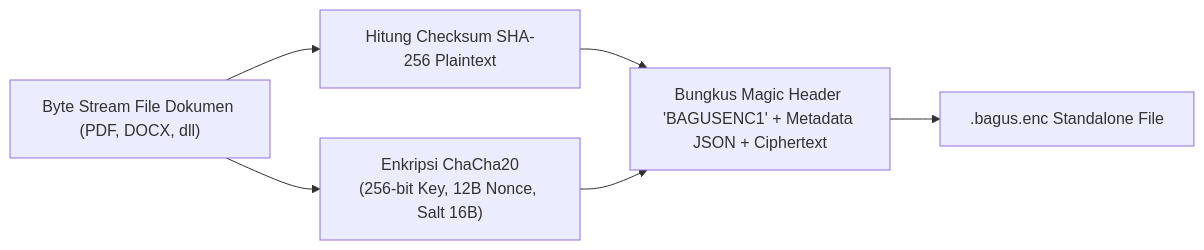
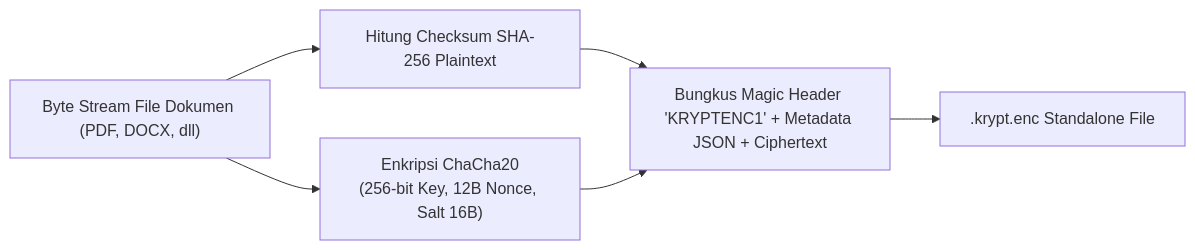
Before and after one commit to Mridhohm/Project_Biometric-Authenticated-Gatekeeper-Unified-Security-Vault: the fifth of 7 diagrams in geovault-crypto-app/docs/LAPORAN_AKHIR_KRIPTOGRAFI.md, drawn with Mermaid. The commit also changed other lines of this file and 14 other files, not shown here.

````diff
--- a/geovault-crypto-app/docs/LAPORAN_AKHIR_KRIPTOGRAFI.md
+++ b/geovault-crypto-app/docs/LAPORAN_AKHIR_KRIPTOGRAFI.md
@@ -337,7 +337,7 @@
 ```mermaid
 flowchart LR
     F_Bytes["Byte Stream File Dokumen (PDF, DOCX, dll)"] --> SHA_Pre["Hitung Checksum SHA-256 Plaintext"]
     F_Bytes --> Cha_Core["Enkripsi ChaCha20\n(256-bit Key, 12B Nonce, Salt 16B)"]
-    SHA_Pre & Cha_Core --> Pack["Bungkus Magic Header 'BAGUSENC1' + Metadata JSON + Ciphertext"]
-    Pack --> Env[".bagus.enc Standalone File"]
+    SHA_Pre & Cha_Core --> Pack["Bungkus Magic Header 'KRYPTENC1' + Metadata JSON + Ciphertext"]
+    Pack --> Env[".krypt.enc Standalone File"]
 ```
````
